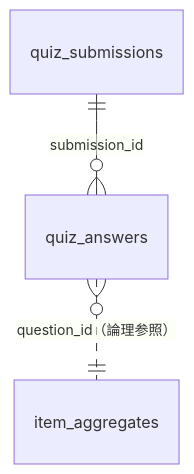
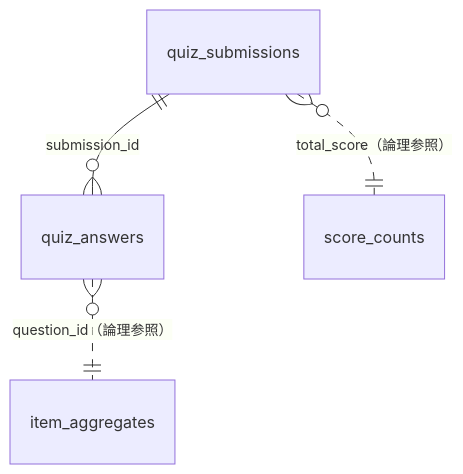
The diagram in docs/design/database.md (miiiwa1121/bukka_now), drawn with Mermaid before and after one commit. The commit also changed other lines of this file and 38 other files, not shown here.

````diff
--- a/docs/design/database.md
+++ b/docs/design/database.md
@@ -16,5 +18,6 @@
 ```mermaid
 erDiagram
     quiz_submissions ||--o{ quiz_answers : "submission_id"
     quiz_answers }o..|| item_aggregates : "question_id（論理参照）"
+    quiz_submissions }o..|| score_counts : "total_score（論理参照）"
 ```
````
